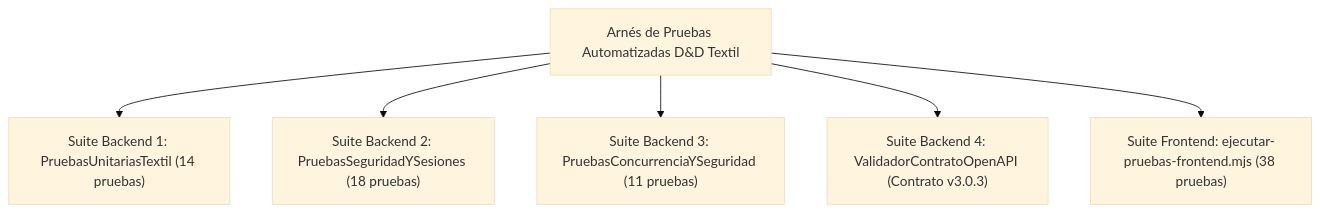
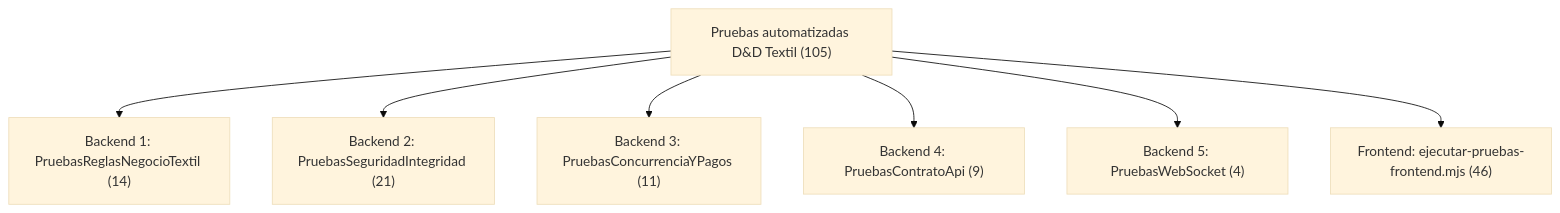
The diagram in documentacion/14-plan-y-reporte-de-pruebas-iso25010.md (Jhonmoreno000/PROYECTO-SENA-TIENDA-TEXTIL-), drawn with Mermaid (base theme) before and after one commit. The commit also changed other lines of this file and 55 other files, not shown here.

Commit message:
docs: rehacer documentacion, diagramas, contrato OpenAPI y matriz v3 segun el codigo de main (#39)

````diff
--- a/documentacion/14-plan-y-reporte-de-pruebas-iso25010.md
+++ b/documentacion/14-plan-y-reporte-de-pruebas-iso25010.md
@@ -25,8 +25,9 @@
 ```mermaid
 flowchart TD
-    QA["Arnés de Pruebas Automatizadas D&D Textil"] --> B1["Suite Backend 1: PruebasUnitariasTextil (14 pruebas)"]
-    QA --> B2["Suite Backend 2: PruebasSeguridadYSesiones (18 pruebas)"]
-    QA --> B3["Suite Backend 3: PruebasConcurrenciaYSeguridad (11 pruebas)"]
-    QA --> B4["Suite Backend 4: ValidadorContratoOpenAPI (Contrato v3.0.3)"]
-    QA --> F1["Suite Frontend: ejecutar-pruebas-frontend.mjs (38 pruebas)"]
+    QA["Pruebas automatizadas D&D Textil (105)"] --> B1["Backend 1: PruebasReglasNegocioTextil (14)"]
+    QA --> B2["Backend 2: PruebasSeguridadIntegridad (21)"]
+    QA --> B3["Backend 3: PruebasConcurrenciaYPagos (11)"]
+    QA --> B4["Backend 4: PruebasContratoApi (9)"]
+    QA --> B5["Backend 5: PruebasWebSocket (4)"]
+    QA --> F1["Frontend: ejecutar-pruebas-frontend.mjs (46)"]
 ```
````
